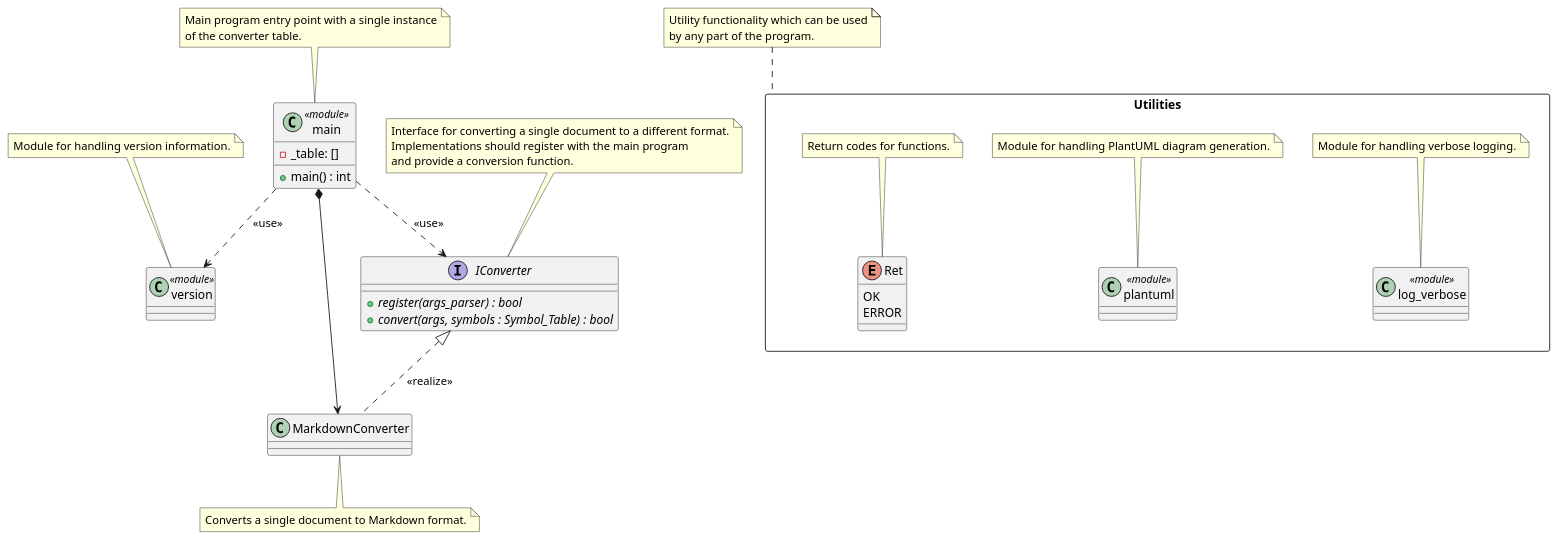
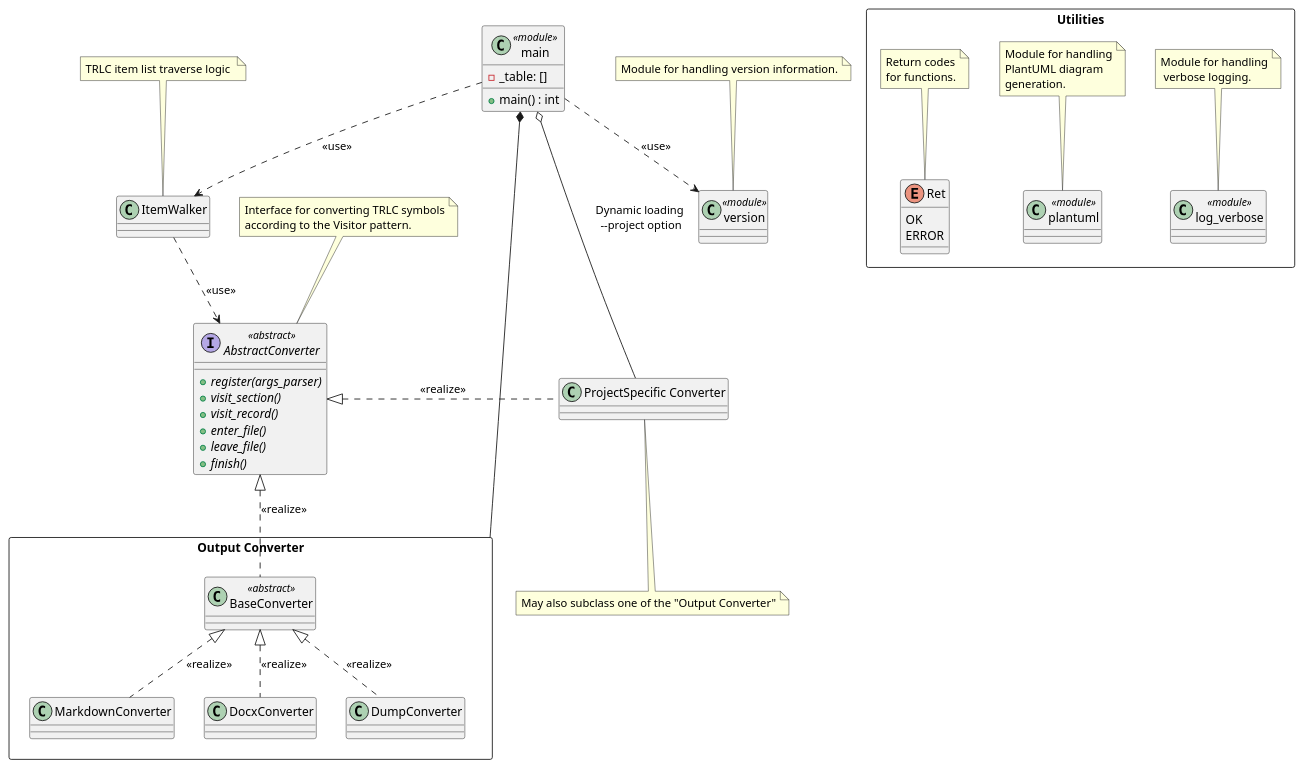
The diagram in doc/architecture/class_diagram.puml (nhjschulz/pyTRLCConverter), drawn with PlantUML before and after one commit. The commit also changed 17 other files, not shown here.

```diff
--- a/doc/architecture/class_diagram.puml
+++ b/doc/architecture/class_diagram.puml
@@ -1,75 +1,100 @@
 @startuml class_diagram
 
-interface IConverter {
-    + {abstract} register(args_parser) : bool
-    + {abstract} convert(args, symbols : Symbol_Table) : bool
+interface AbstractConverter <<abstract>>{
+    + {abstract} register(args_parser)
+    + {abstract} visit_section()
+    + {abstract} visit_record()
+    + {abstract} enter_file()
+    + {abstract} leave_file()
+    + {abstract} finish()
+
 }
 
-note top of IConverter
-    Interface for converting a single document to a different format.
-    Implementations should register with the main program
-    and provide a conversion function.
+note top of AbstractConverter
+    Interface for converting TRLC symbols
+    according to the Visitor pattern.
 end note
 
-class MarkdownConverter {
+rectangle "Output Converter" {
+    class BaseConverter <<abstract>> {
+    }
+
+    class MarkdownConverter {
+    }
+
+    class DocxConverter {
+    }
+    class DumpConverter {
+    }
 }
 
-note bottom of MarkdownConverter
-    Converts a single document to Markdown format.
-end note
+AbstractConverter <|.. BaseConverter: <<realize>>
+BaseConverter <|.. MarkdownConverter: <<realize>>
+BaseConverter <|.. DocxConverter: <<realize>>
+BaseConverter <|.. DumpConverter: <<realize>>
 
 class version <<module>> {
 }
 
 note top of version
     Module for handling version information.
 end note
 
 rectangle Utilities {
 
     class log_verbose <<module>> {
     }
 
     note top of log_verbose
-        Module for handling verbose logging.
+        Module for handling
+         verbose logging.
     end note
 
     class plantuml <<module>> {
     }
 
     note top of plantuml
-        Module for handling PlantUML diagram generation.
+        Module for handling
+        PlantUML diagram
+        generation.
     end note
 
     enum Ret {
         OK
         ERROR
     }
 
     note top of Ret
-        Return codes for functions.
+        Return codes
+        for functions.
     end note
 }
 
-note top of Utilities
-    Utility functionality which can be used
-    by any part of the program.
-end note
 
 class main <<module>> {
     - _table: []
     + main() : int
 }
 
-note top of main
-    Main program entry point with a single instance
-    of the converter table.
+class ItemWalker
+note top of ItemWalker
+    TRLC item list traverse logic 
 end note
 
-IConverter <|.. MarkdownConverter: <<realize>>
 
-main ..> IConverter: <<use>>
-main *---> MarkdownConverter
+main ..> ItemWalker: <<use>>
+ItemWalker ..> AbstractConverter: <<use>>
+main *--- "Output Converter"
 main ..> version: <<use>>
 
+
+class "ProjectSpecific Converter" {
+}
+
+note bottom of "ProjectSpecific Converter"
+May also subclass one of the "Output Converter"
+end note
+AbstractConverter <|. "ProjectSpecific Converter": <<realize>>
+main o-- "ProjectSpecific Converter" : Dynamic loading\n --project option
+
 @enduml
```
